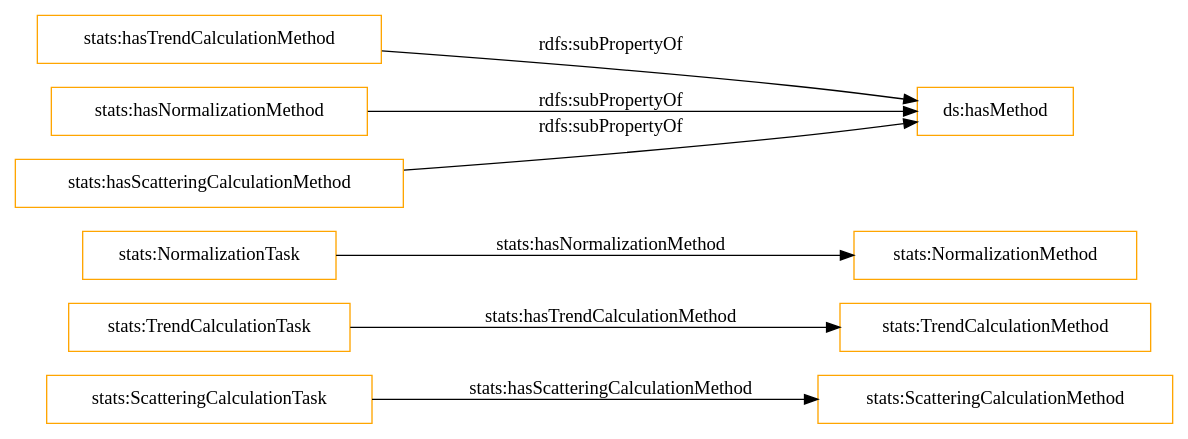
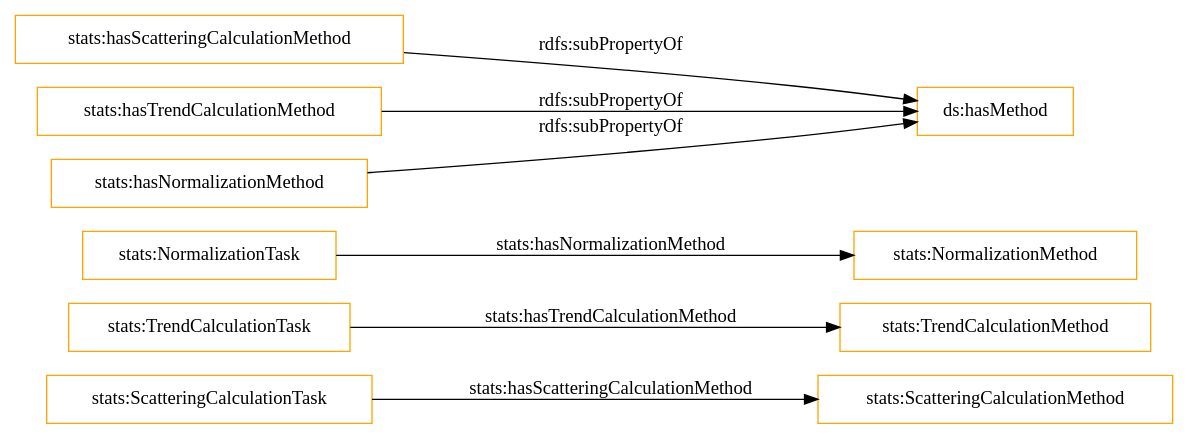
The diagram in OnToology/stats_exeKGOntology.ttl/diagrams/ar2dtool-class/stats_exeKGOntology.ttl.png.dot (nsai-uio/ExeKGOntology), drawn with Graphviz before and after one commit. The commit also changed 37 other files, not shown here.

```diff
--- a/OnToology/stats_exeKGOntology.ttl/diagrams/ar2dtool-class/stats_exeKGOntology.ttl.png.dot
+++ b/OnToology/stats_exeKGOntology.ttl/diagrams/ar2dtool-class/stats_exeKGOntology.ttl.png.dot
@@ -1,12 +1,12 @@
 digraph ar2dtool_diagram { 
 rankdir=LR;
 size="1501"
-node [shape = rectangle, color="orange"]; "stats:ScatteringCalculationTask" "stats:ScatteringCalculationMethod" "stats:TrendCalculationTask" "stats:NormalizationMethod" "stats:TrendCalculationMethod" "stats:NormalizationTask" ; /*classes style*/
+node [shape = rectangle, color="orange"]; "stats:ScatteringCalculationMethod" "stats:TrendCalculationTask" "stats:NormalizationTask" "stats:NormalizationMethod" "stats:ScatteringCalculationTask" "stats:TrendCalculationMethod" ; /*classes style*/
+	"stats:hasScatteringCalculationMethod" -> "ds:hasMethod" [ label = "rdfs:subPropertyOf" ];
 	"stats:hasTrendCalculationMethod" -> "ds:hasMethod" [ label = "rdfs:subPropertyOf" ];
 	"stats:hasNormalizationMethod" -> "ds:hasMethod" [ label = "rdfs:subPropertyOf" ];
-	"stats:hasScatteringCalculationMethod" -> "ds:hasMethod" [ label = "rdfs:subPropertyOf" ];
+	"stats:TrendCalculationTask" -> "stats:TrendCalculationMethod" [ label = "stats:hasTrendCalculationMethod" ];
 	"stats:NormalizationTask" -> "stats:NormalizationMethod" [ label = "stats:hasNormalizationMethod" ];
-	"stats:TrendCalculationTask" -> "stats:TrendCalculationMethod" [ label = "stats:hasTrendCalculationMethod" ];
 	"stats:ScatteringCalculationTask" -> "stats:ScatteringCalculationMethod" [ label = "stats:hasScatteringCalculationMethod" ];
 
 }
```
